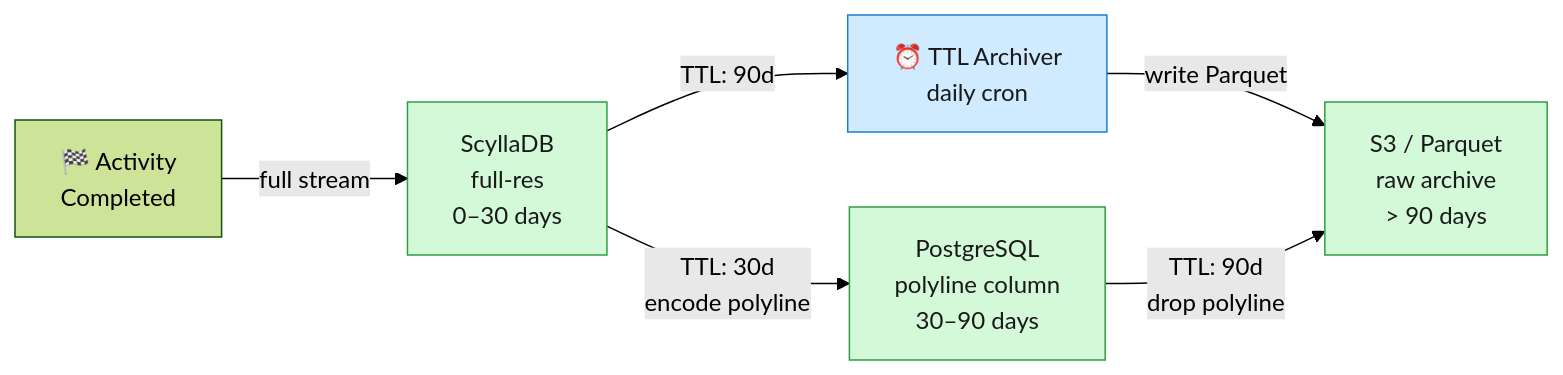
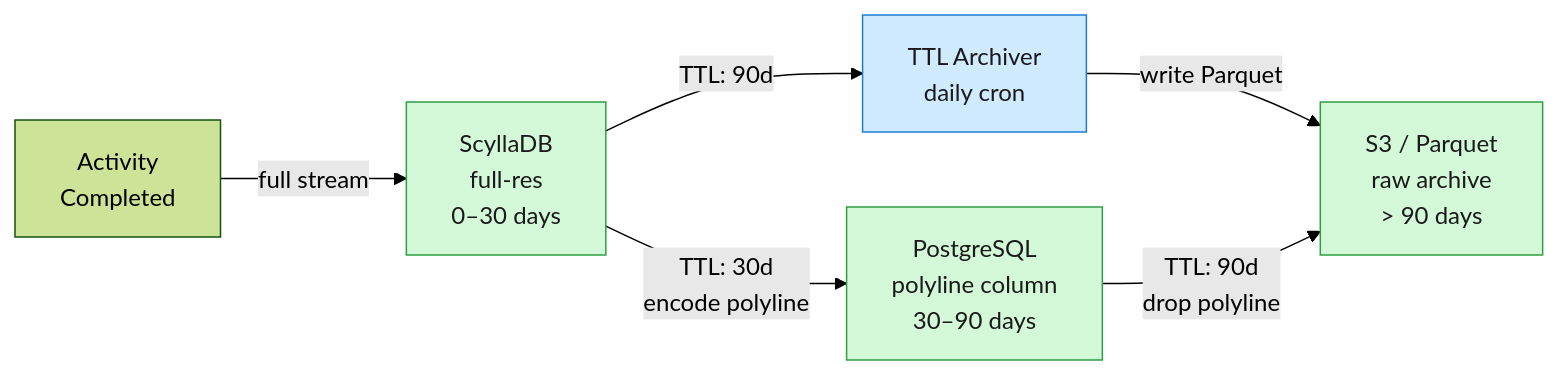
The third of 4 diagrams in _posts/2026-06-28-strava-system-design.md (iliazlobin/iliazlobin.github.io), drawn with Mermaid (forest theme) before and after one commit. The commit also changed other lines of this file and 1 other file, not shown here.

First line of the commit message:
fix: normalize Jekyll markdown so Mermaid diagrams render (#22)

````diff
--- a/_posts/2026-06-28-strava-system-design.md
+++ b/_posts/2026-06-28-strava-system-design.md
@@ -248,21 +239,19 @@
 ```mermaid
-
 graph LR
-    Upload["🏁 Activity<br/>Completed"]
+    Upload["Activity<br/>Completed"]
     Scylla["ScyllaDB<br/>full-res<br/>0–30 days"]
     PG["PostgreSQL<br/>polyline column<br/>30–90 days"]
     S3["S3 / Parquet<br/>raw archive<br/>> 90 days"]
-    Archiver["⏰ TTL Archiver<br/>daily cron"]
+    Archiver["TTL Archiver<br/>daily cron"]
 
     Upload -->|full stream| Scylla
     Scylla -->|TTL: 30d<br/>encode polyline| PG
     Scylla -->|TTL: 90d| Archiver
     Archiver -->|write Parquet| S3
     PG -->|TTL: 90d<br/>drop polyline| S3
 
     classDef store fill:#d3f9d8,stroke:#2f9e44,color:#1a1a1a;
     classDef svc fill:#d0ebff,stroke:#1c7ed6,color:#1a1a1a;
     class Scylla,PG,S3 store;
     class Archiver svc;
-
 ```
````
